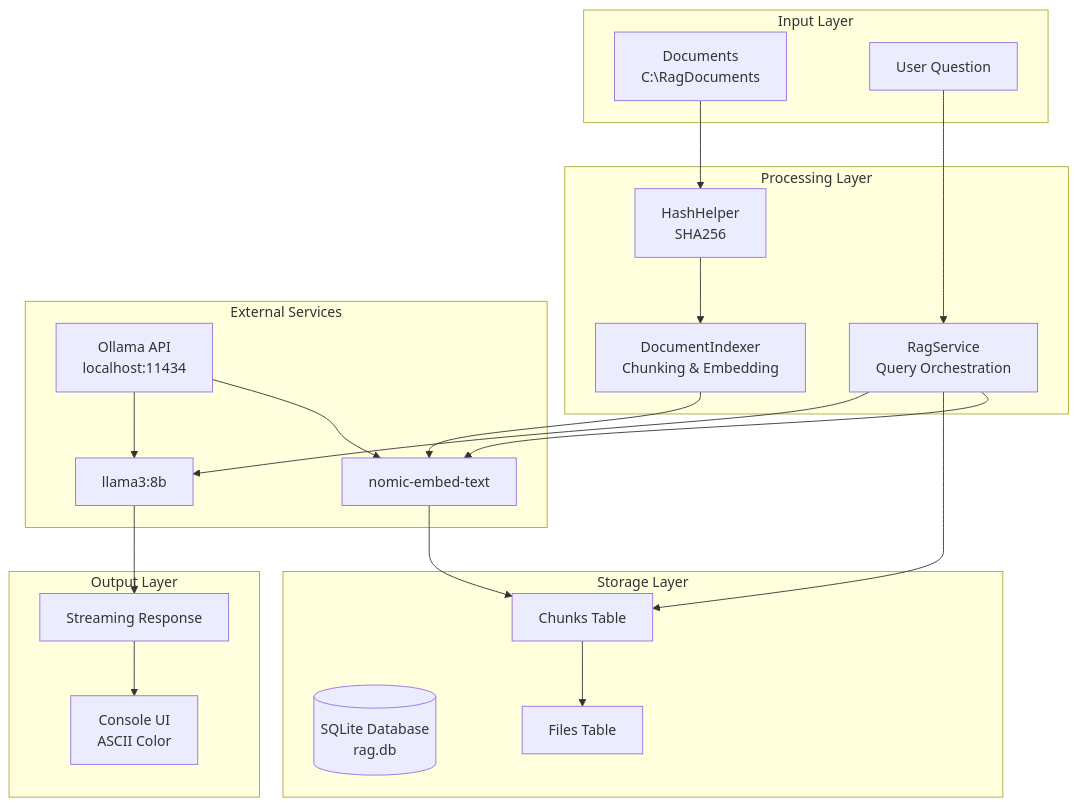
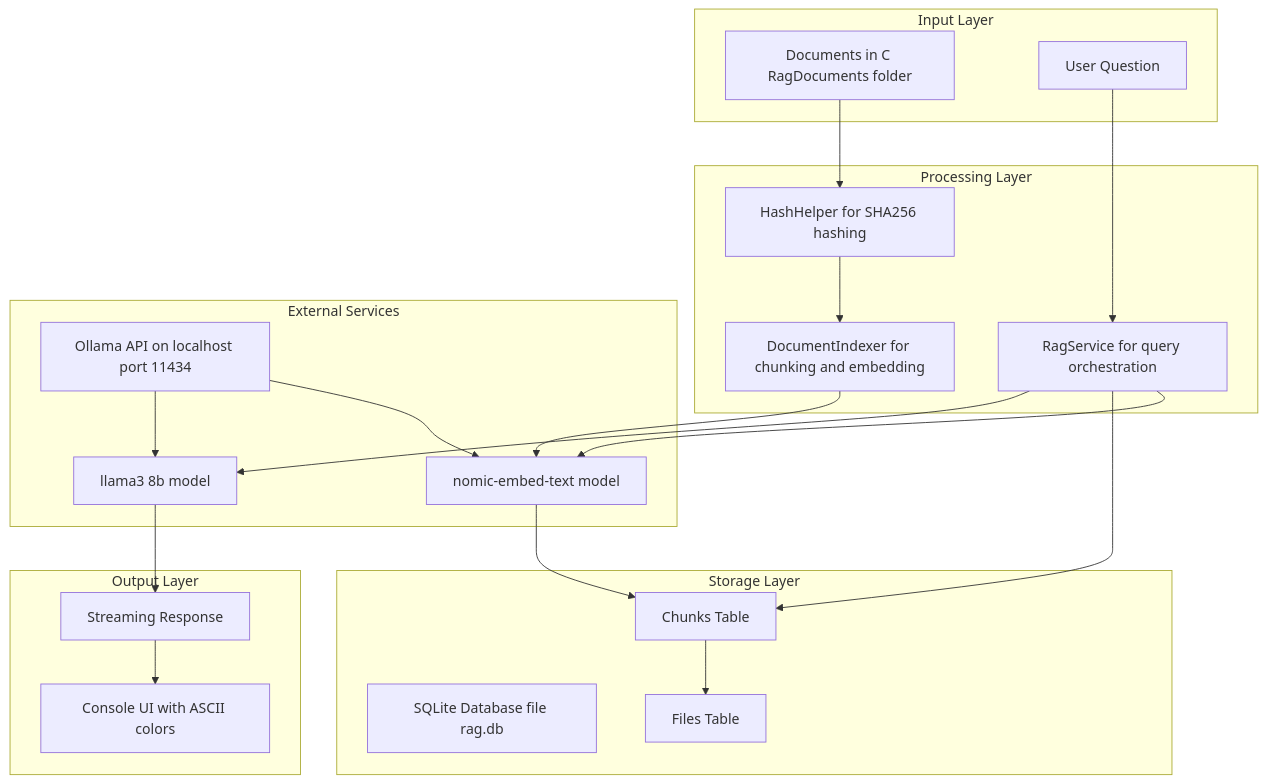
The first of 11 diagrams in doc/Technical Architecture Document.md (andikatjacobdennis/Local-RAG-With-OllamaSharp), drawn with Mermaid before and after one commit. The commit also changed other lines of this file, not shown here.

````diff
--- a/doc/Technical Architecture Document.md
+++ b/doc/Technical Architecture Document.md
@@ -50,46 +50,46 @@
 ```mermaid
 flowchart TB
     subgraph Input["Input Layer"]
-        DOC[Documents<br/>C:\RagDocuments]
+        DOC[Documents in C RagDocuments folder]
         Q[User Question]
     end
     
     subgraph Processing["Processing Layer"]
-        H[HashHelper<br/>SHA256]
-        I[DocumentIndexer<br/>Chunking & Embedding]
-        R[RagService<br/>Query Orchestration]
+        H[HashHelper for SHA256 hashing]
+        I[DocumentIndexer for chunking and embedding]
+        R[RagService for query orchestration]
     end
     
     subgraph Storage["Storage Layer"]
-        DB[(SQLite Database<br/>rag.db)]
+        DB[SQLite Database file rag.db]
         F[Files Table]
         C[Chunks Table]
     end
     
     subgraph External["External Services"]
-        O[Ollama API<br/>localhost:11434]
-        EMB[nomic-embed-text]
-        LLM[llama3:8b]
+        O[Ollama API on localhost port 11434]
+        EMB[nomic-embed-text model]
+        LLM[llama3 8b model]
     end
     
     subgraph Output["Output Layer"]
-        UI[Console UI<br/>ASCII Color]
+        UI[Console UI with ASCII colors]
         RESP[Streaming Response]
     end
     
     DOC --> H
     H --> I
     I --> EMB
     EMB --> C
     C --> F
     
     Q --> R
     R --> EMB
     R --> C
     R --> LLM
     LLM --> RESP
     RESP --> UI
     
     O --> EMB
     O --> LLM
 ```
````
